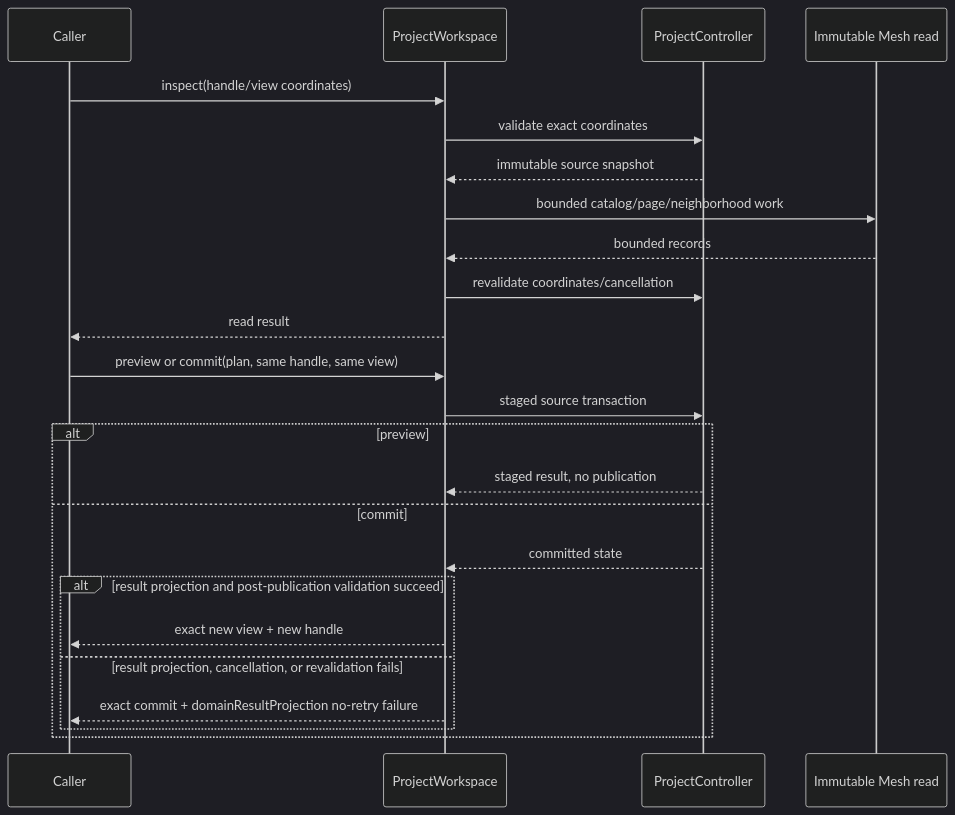
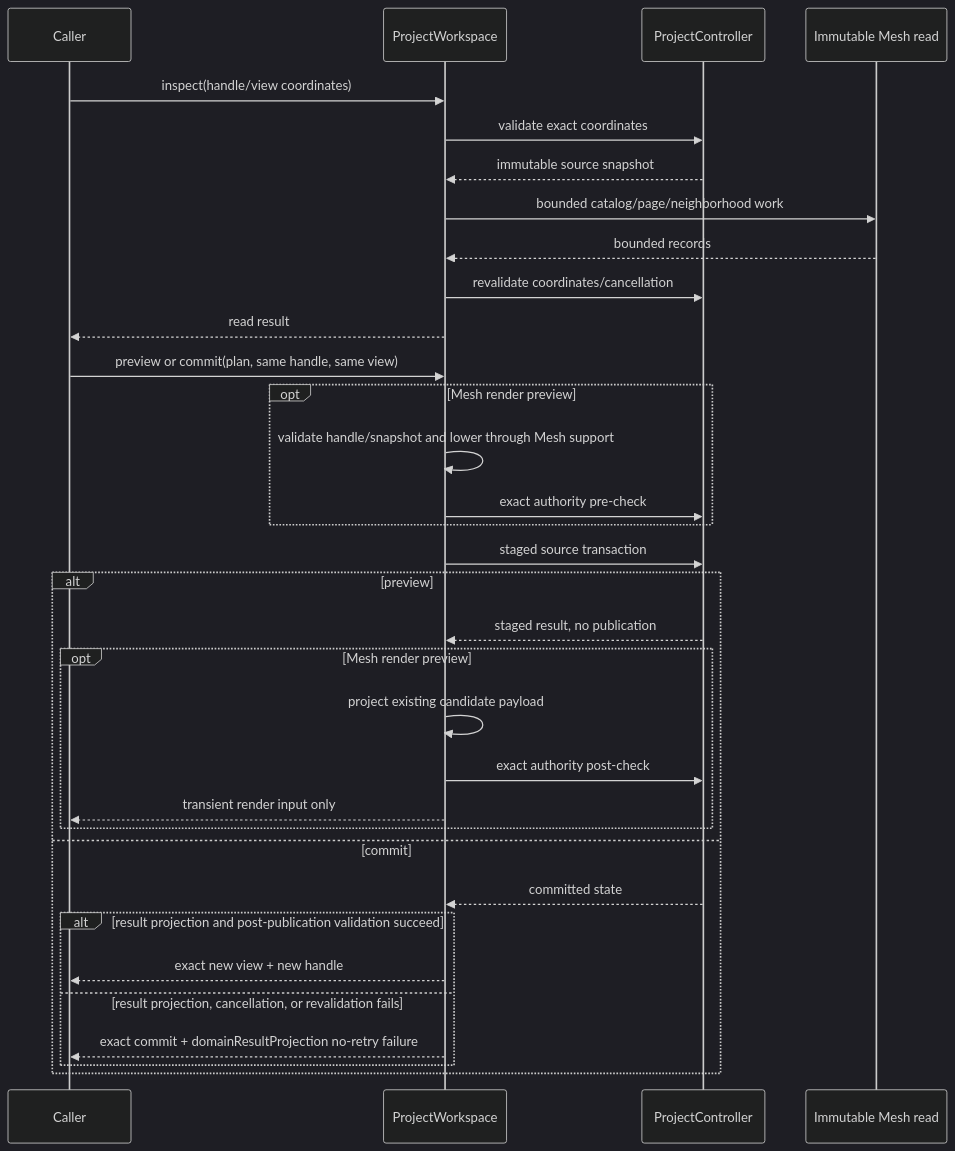
The fifth of 5 diagrams in RupaKit/Sources/RupaKit/DESIGN.md (1amageek/Rupa), drawn with Mermaid (dark theme) before and after one commit. The commit also changed other lines of this file and 14 other files, not shown here.

Commit message:
feat: expose staged CAD and Mesh render previews

````diff
--- a/RupaKit/Sources/RupaKit/DESIGN.md
+++ b/RupaKit/Sources/RupaKit/DESIGN.md
@@ -300,27 +317,36 @@
 ```mermaid
 sequenceDiagram
     participant Caller
     participant W as ProjectWorkspace
     participant P as ProjectController
     participant R as Immutable Mesh read
 
     Caller->>W: inspect(handle/view coordinates)
     W->>P: validate exact coordinates
     P-->>W: immutable source snapshot
     W->>R: bounded catalog/page/neighborhood work
     R-->>W: bounded records
     W->>P: revalidate coordinates/cancellation
     W-->>Caller: read result
     Caller->>W: preview or commit(plan, same handle, same view)
+    opt Mesh render preview
+        W->>W: validate handle/snapshot and lower through Mesh support
+        W->>P: exact authority pre-check
+    end
     W->>P: staged source transaction
     alt preview
         P-->>W: staged result, no publication
+        opt Mesh render preview
+            W->>W: project existing candidate payload
+            W->>P: exact authority post-check
+            W-->>Caller: transient render input only
+        end
     else commit
         P-->>W: committed state
         alt result projection and post-publication validation succeed
             W-->>Caller: exact new view + new handle
         else result projection, cancellation, or revalidation fails
             W-->>Caller: exact commit + domainResultProjection no-retry failure
         end
     end
 ```
````
